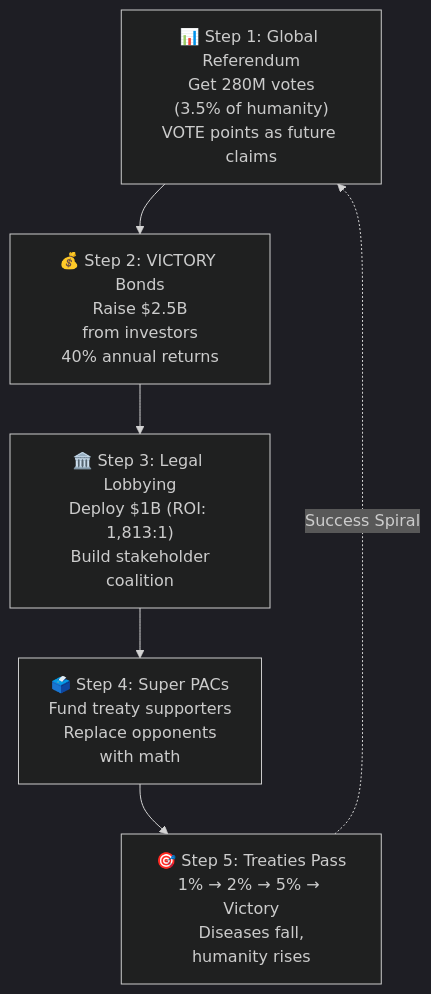
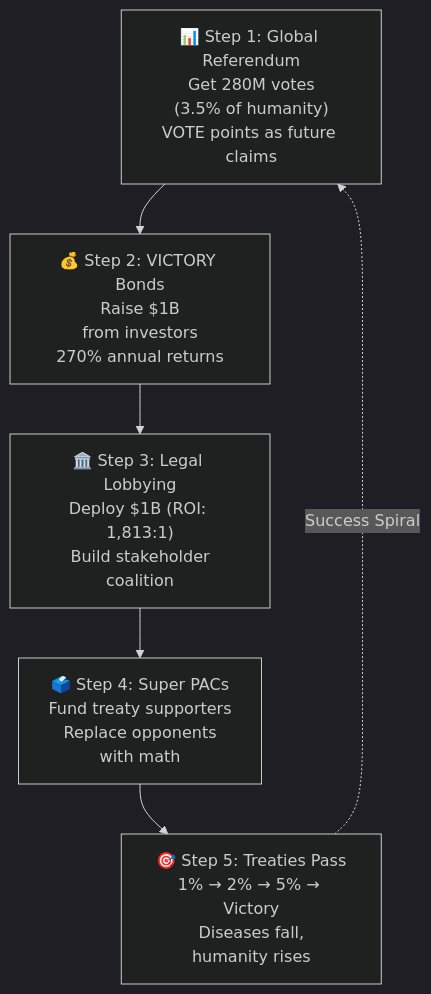
Before and after one commit to mikepsinn/disease-eradication-plan: the fifth of 6 diagrams in index.qmd, drawn with Mermaid (dark theme). The commit also changed other lines of this file and 3 other files, not shown here.

````diff
--- a/index.qmd
+++ b/index.qmd
@@ -489,18 +489,18 @@
 ```{mermaid}
 flowchart TD
     Step1["📊 Step 1: Global Referendum<br/>Get 280M votes<br/>(3.5% of humanity)<br/>VOTE points as future claims"]
 
-    Step2["💰 Step 2: VICTORY Bonds<br/>Raise $2.5B<br/>from investors<br/>40% annual returns"]
+    Step2["💰 Step 2: VICTORY Bonds<br/>Raise $1B<br/>from investors<br/>270% annual returns"]
 
     Step3["🏛️ Step 3: Legal Lobbying<br/>Deploy $1B (ROI: 1,813:1)<br/>Build stakeholder<br/>coalition"]
 
     Step4["🗳️ Step 4: Super PACs<br/>Fund treaty supporters<br/>Replace opponents<br/>with math"]
 
     Step5["🎯 Step 5: Treaties Pass<br/>1% → 2% → 5% → Victory<br/>Diseases fall,<br/>humanity rises"]
 
     Step1 --> Step2
     Step2 --> Step3
     Step3 --> Step4
     Step4 --> Step5
     Step5 -.->|"Success Spiral"| Step1
 ```
````
